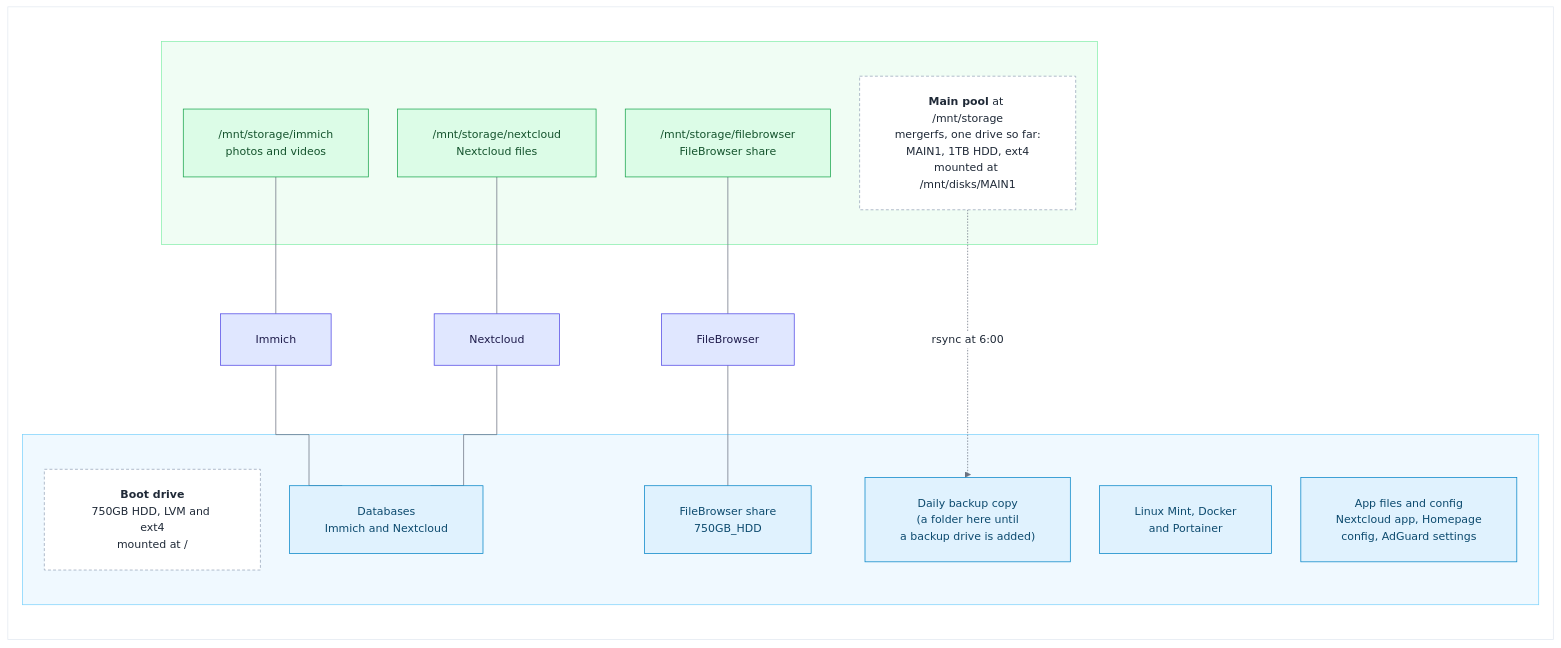
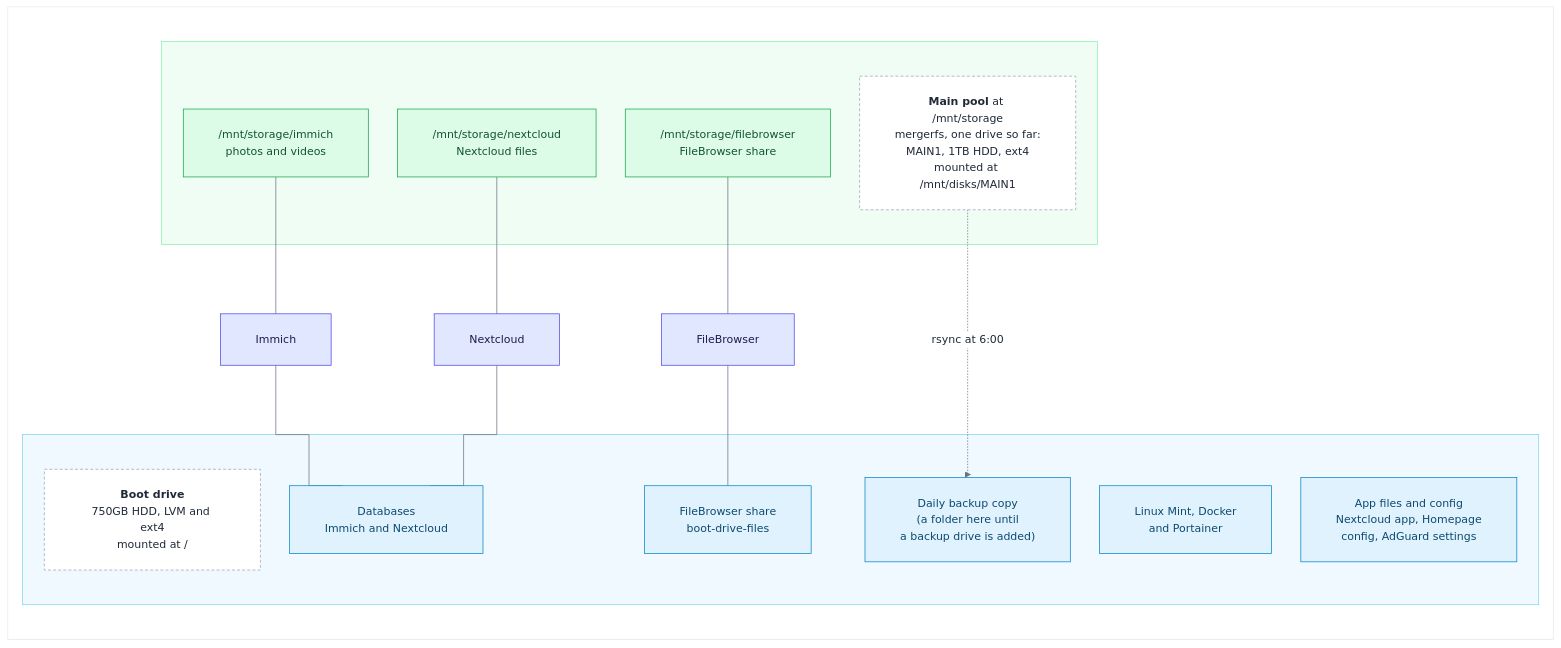
Before and after one commit to IbrandonrtI/My-Home-Lab-: the second of 2 diagrams in README.md, drawn with Mermaid. The commit also changed other lines of this file, not shown here.

````diff
--- a/README.md
+++ b/README.md
@@ -109,48 +109,48 @@
 ```mermaid
 %%{init: {"theme": "base", "flowchart": {"curve": "step", "nodeSpacing": 40, "rankSpacing": 70, "padding": 24, "htmlLabels": true}, "themeVariables": {"fontFamily": "Segoe UI, Roboto, Helvetica, Arial, sans-serif", "fontSize": "15px", "primaryColor": "#eef2ff", "primaryBorderColor": "#6366f1", "primaryTextColor": "#1f2937", "lineColor": "#6b7280", "textColor": "#1f2937", "edgeLabelBackground": "#ffffff", "clusterBkg": "#f8fafc", "clusterBorder": "#cbd5e1"}}}%%
 flowchart TB
     subgraph canvas[" "]
     direction TB
         subgraph data[" "]
             datainfo["<b>Main pool</b> at /mnt/storage<br/>mergerfs, one drive so far:<br/>MAIN1, 1TB HDD, ext4<br/>mounted at /mnt/disks/MAIN1"]
             photos["/mnt/storage/immich<br/>photos and videos"]
             files["/mnt/storage/nextcloud<br/>Nextcloud files"]
             fb["/mnt/storage/filebrowser<br/>FileBrowser share"]
         end
 
         immichsvc["Immich"]
         ncsvc["Nextcloud"]
         fbsvc["FileBrowser"]
 
         subgraph boot[" "]
             bootinfo["<b>Boot drive</b><br/>750GB HDD, LVM and ext4<br/>mounted at /"]
             os["Linux Mint, Docker<br/>and Portainer"]
             dbs["Databases<br/>Immich and Nextcloud"]
-            share["FileBrowser share<br/>750GB_HDD"]
+            share["FileBrowser share<br/>boot-drive-files"]
         bk["Daily backup copy<br/>(a folder here until<br/>a backup drive is added)"]
             cfg["App files and config<br/>Nextcloud app, Homepage<br/>config, AdGuard settings"]
         end
 
         photos --- immichsvc
         files --- ncsvc
         fb --- fbsvc
         immichsvc --- dbs
         ncsvc --- dbs
         fbsvc --- share
         datainfo -. "rsync at 6:00" .-> bk
 
     end
 
     classDef svc fill:#e0e7ff,stroke:#4f46e5,color:#1e1b4b
     classDef datac fill:#dcfce7,stroke:#16a34a,color:#14532d
     classDef bootc fill:#e0f2fe,stroke:#0284c7,color:#0c4a6e
     classDef infoc fill:#ffffff,stroke:#94a3b8,color:#1f2937,stroke-dasharray: 4 3
     class immichsvc,ncsvc,fbsvc svc
     class photos,files,fb datac
     class os,dbs,share,cfg,bk bootc
     class datainfo,bootinfo infoc
     style data fill:#f0fdf4,stroke:#86efac
     style boot fill:#f0f9ff,stroke:#7dd3fc
 
     style canvas fill:#ffffff,stroke:#e2e8f0,stroke-width:1px
 ```
````
